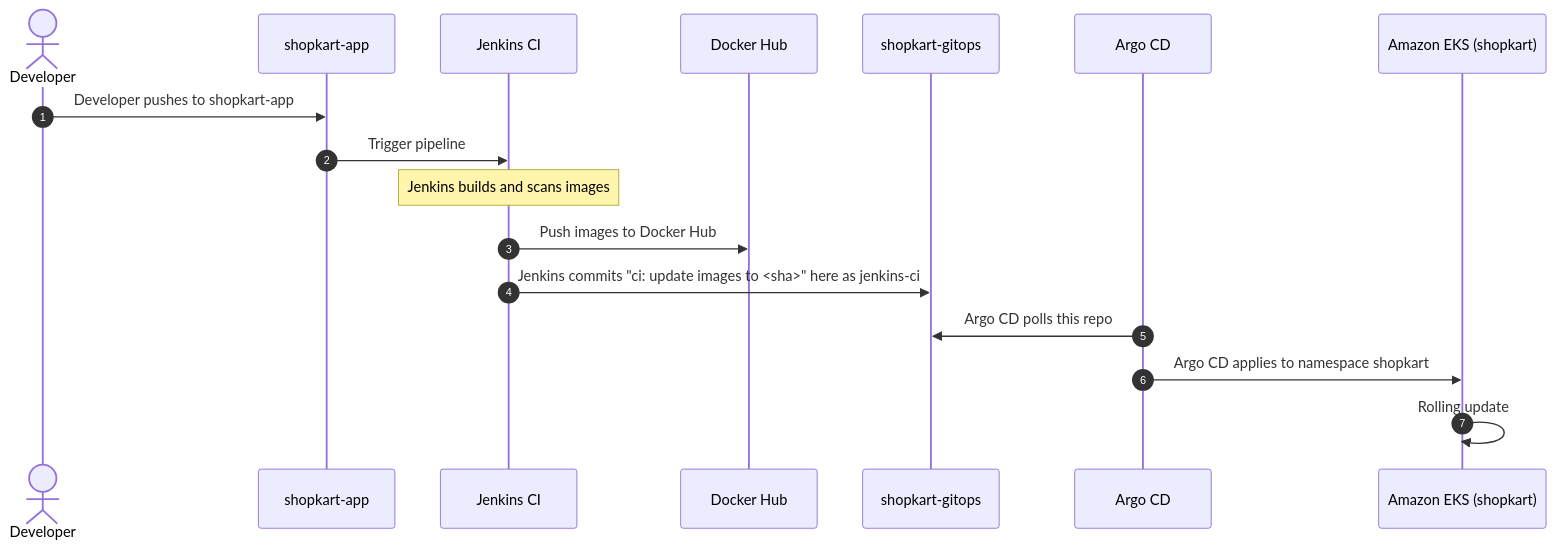
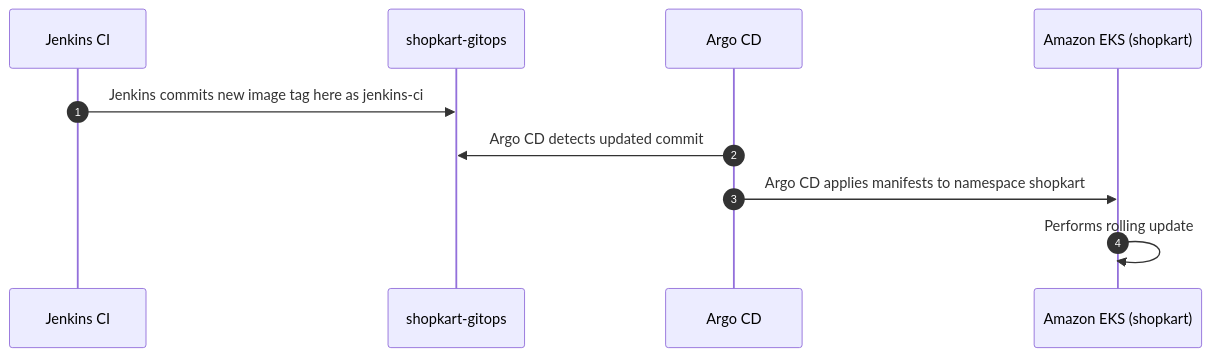
Before and after one commit to vkashsingh/shopkart-gitops: the first of 2 diagrams in README.md, drawn with Mermaid. The commit also changed other lines of this file, not shown here.

````diff
--- a/README.md
+++ b/README.md
@@ -24,20 +26,13 @@
 ```mermaid
 sequenceDiagram
     autonumber
-    actor Dev as Developer
-    participant App as shopkart-app
     participant Jenkins as Jenkins CI
-    participant Hub as Docker Hub
     participant GitOps as shopkart-gitops
     participant Argo as Argo CD
     participant EKS as Amazon EKS (shopkart)
 
-    Dev->>App: Developer pushes to shopkart-app
-    App->>Jenkins: Trigger pipeline
-    Note over Jenkins: Jenkins builds and scans images
-    Jenkins->>Hub: Push images to Docker Hub
-    Jenkins->>GitOps: Jenkins commits "ci: update images to <sha>" here as jenkins-ci
-    Argo->>GitOps: Argo CD polls this repo
-    Argo->>EKS: Argo CD applies to namespace shopkart
-    EKS->>EKS: Rolling update
+    Jenkins->>GitOps: Jenkins commits new image tag here as jenkins-ci
+    Argo->>GitOps: Argo CD detects updated commit
+    Argo->>EKS: Argo CD applies manifests to namespace shopkart
+    EKS->>EKS: Performs rolling update
 ```
````
